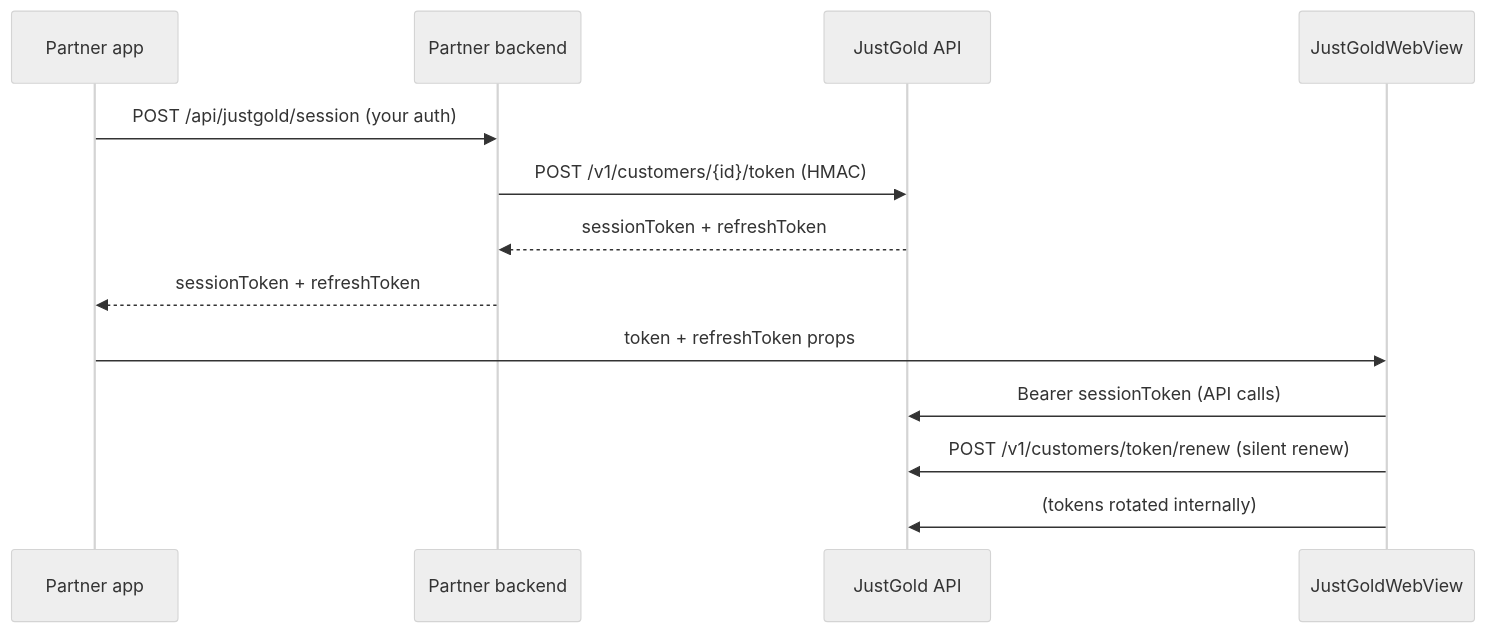
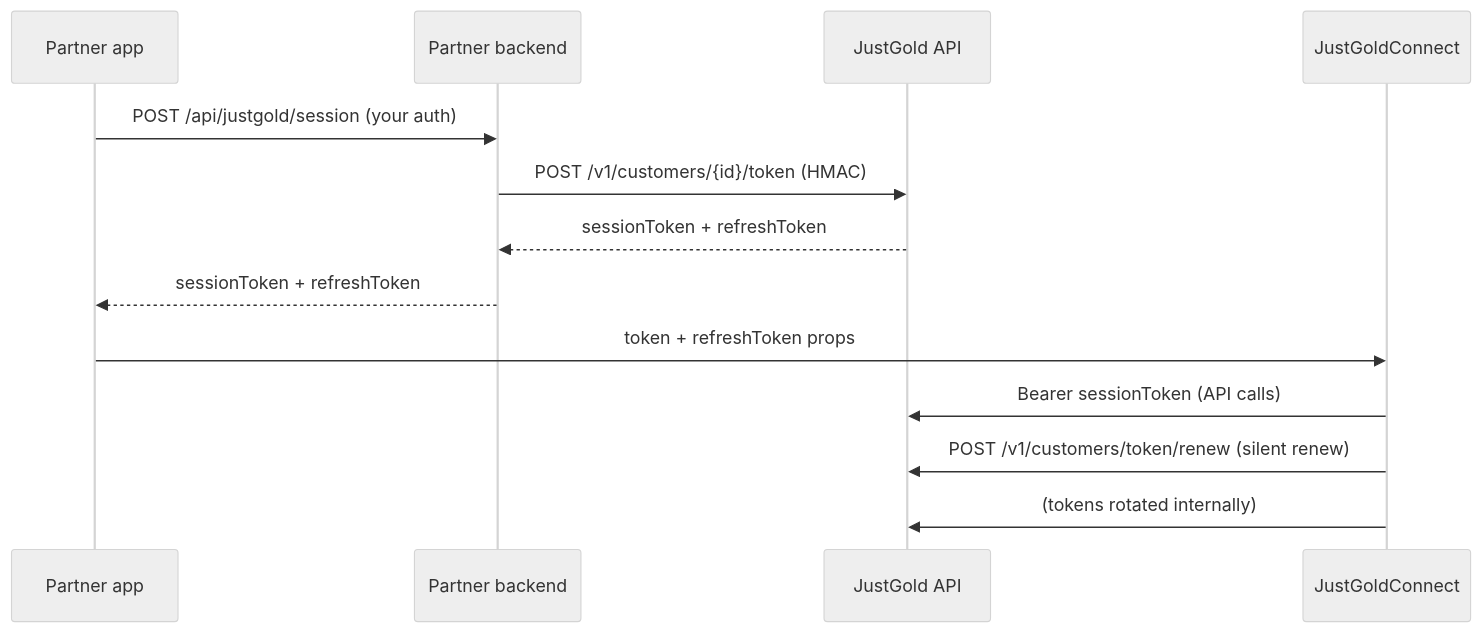
One commit to Just-Gold-JG/docs changed the diagram in sdk/session-token.md. Above: the diagram before and after it, drawn with Mermaid (neutral theme). The commit also changed other lines of this file and 3 other files, not shown here.

````diff
--- a/sdk/session-token.md
+++ b/sdk/session-token.md
@@ -11,16 +11,16 @@
 ```mermaid
 sequenceDiagram
     participant App as Partner app
     participant Backend as Partner backend
     participant JG as JustGold API
-    participant SDK as JustGoldWebView
+    participant SDK as JustGoldConnect
 
     App->>Backend: POST /api/justgold/session (your auth)
     Backend->>JG: POST /v1/customers/{id}/token (HMAC)
     JG-->>Backend: sessionToken + refreshToken
     Backend-->>App: sessionToken + refreshToken
     App->>SDK: token + refreshToken props
     SDK->>JG: Bearer sessionToken (API calls)
     SDK->>JG: POST /v1/customers/token/renew (silent renew)
     SDK->>JG: (tokens rotated internally)
 ```
````
